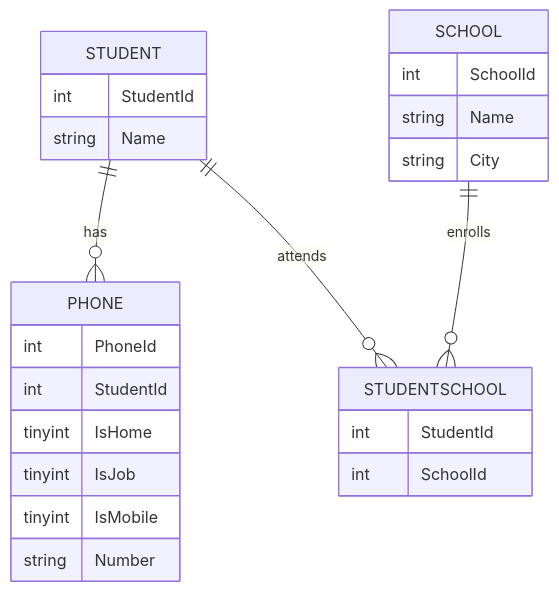
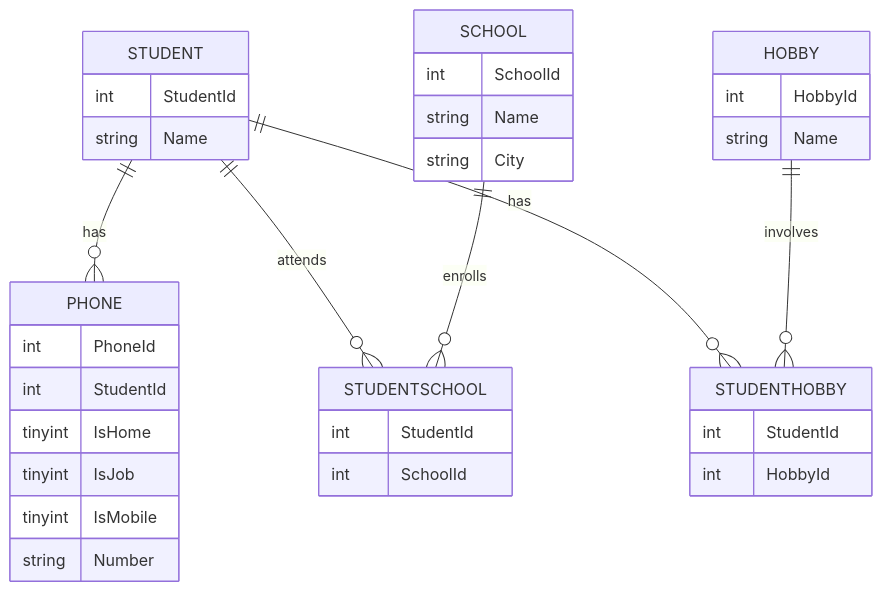
Before and after one commit to JoJoRapp/db2022-inl-mningsuppgift: the diagram in README.md, drawn with Mermaid. The commit also changed 1 other file, not shown here.

Commit message:
Added normalization of Hobbies

````diff
--- a/README.md
+++ b/README.md
@@ -6,27 +6,37 @@
 ```mermaid
 erDiagram
 	STUDENT ||--o{ PHONE : has
 	STUDENT ||--o{ STUDENTSCHOOL : attends
+	STUDENT ||--o{ STUDENTHOBBY : has
+	SCHOOL ||--o{ STUDENTSCHOOL : enrolls
+	HOBBY ||--o{ STUDENTHOBBY : involves
 	STUDENT {
 		int StudentId
 		string Name
 	}
-	SCHOOL ||--o{ STUDENTSCHOOL : enrolls
 	SCHOOL {
 		int SchoolId
 		string Name
 		string City
 	}
 	PHONE {
 		int PhoneId
 		int StudentId
 		tinyint IsHome
 		tinyint IsJob
 		tinyint IsMobile
 		string Number
 	}
+	HOBBY {
+		int HobbyId
+		string Name
+	}
 	STUDENTSCHOOL {
 		int StudentId
 		int SchoolId
 	}
+	STUDENTHOBBY {
+		int StudentId
+		int HobbyId
+	}
 ```
````
